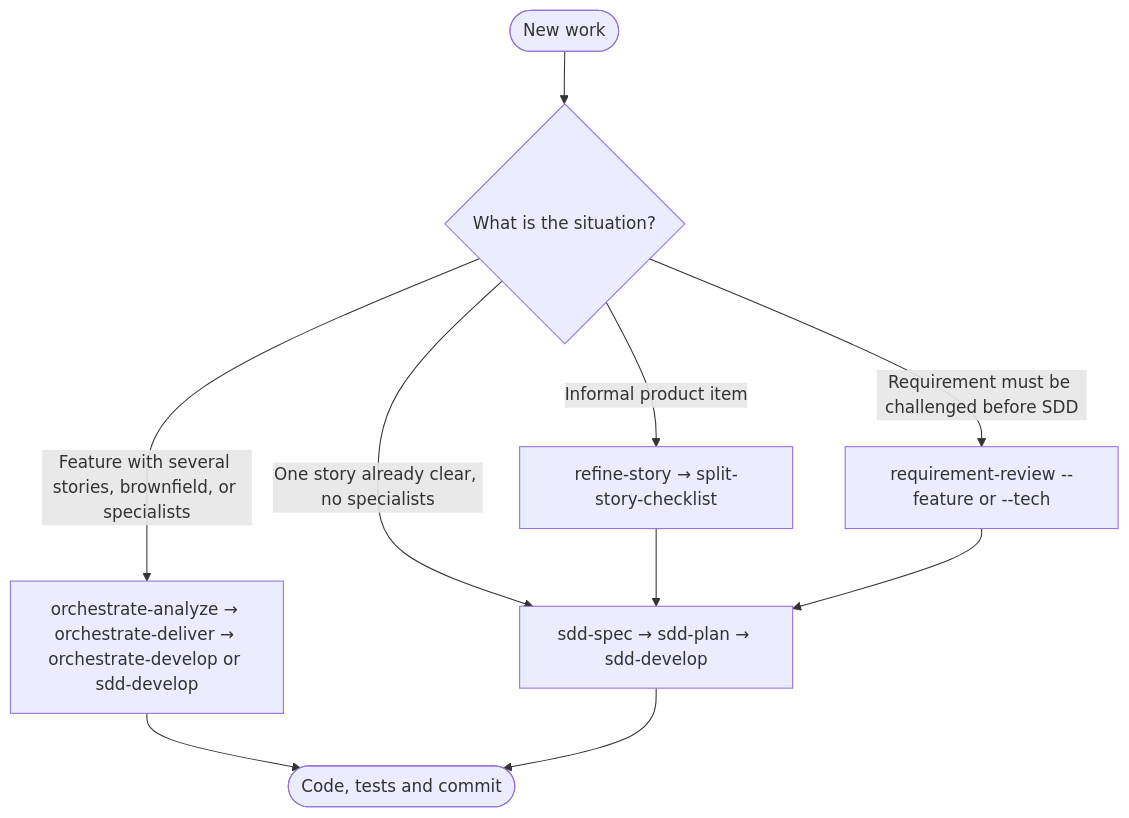
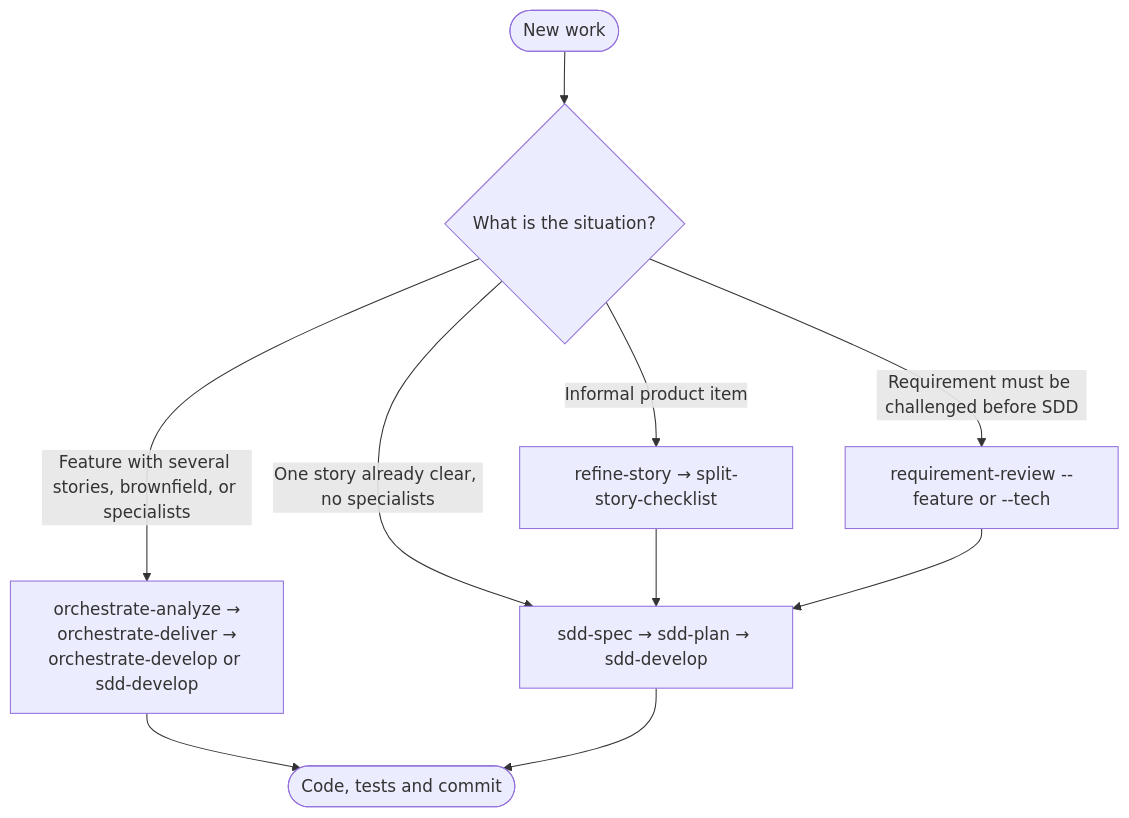
Before and after one commit to tibursocampos/agent-dev-toolkit: the diagram in docs/guides/flow-selection.md, drawn with Mermaid. The commit also changed 3 other files, not shown here.

First line of the commit message:
docs: fix Mermaid label wrapping and diagram font

````diff
--- a/docs/guides/flow-selection.md
+++ b/docs/guides/flow-selection.md
@@ -7,12 +7,12 @@
 ```mermaid
 flowchart TD
   Start([New work]) --> Q{What is the situation?}
-  Q -->|Feature with several stories, brownfield, or specialists| ORCH["orchestrate-analyze → orchestrate-deliver → orchestrate-develop or sdd-develop"]
+  Q -->|Feature with several stories, brownfield, or specialists| ORCH["orchestrate-analyze →<br/>orchestrate-deliver →<br/>orchestrate-develop or sdd-develop"]
   Q -->|One story already clear, no specialists| SDD["sdd-spec → sdd-plan → sdd-develop"]
   Q -->|Informal product item| REF["refine-story → split-story-checklist"]
   Q -->|Requirement must be challenged before SDD| REV["requirement-review --feature or --tech"]
   REF --> SDD
   REV --> SDD
   ORCH --> Done([Code, tests and commit])
   SDD --> Done
 ```
````
